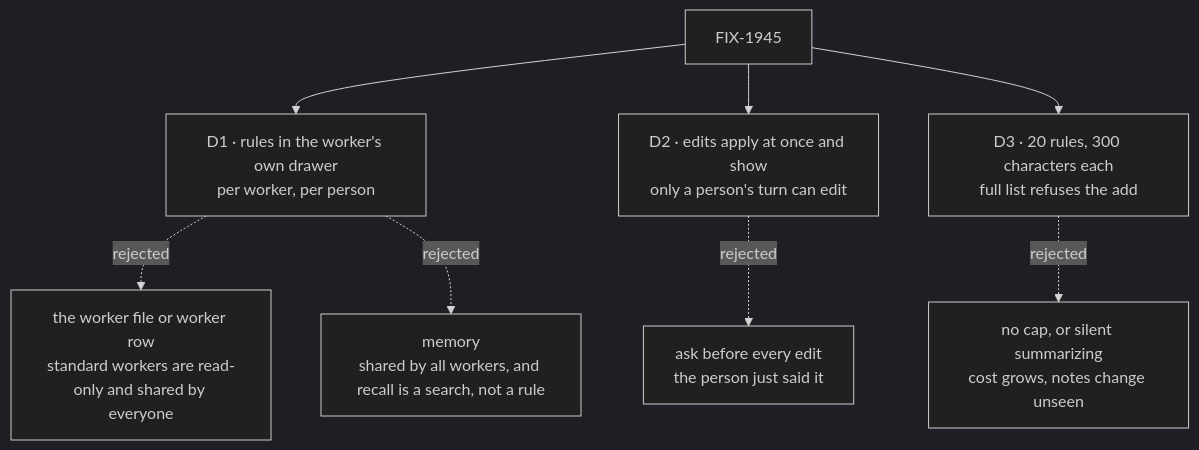
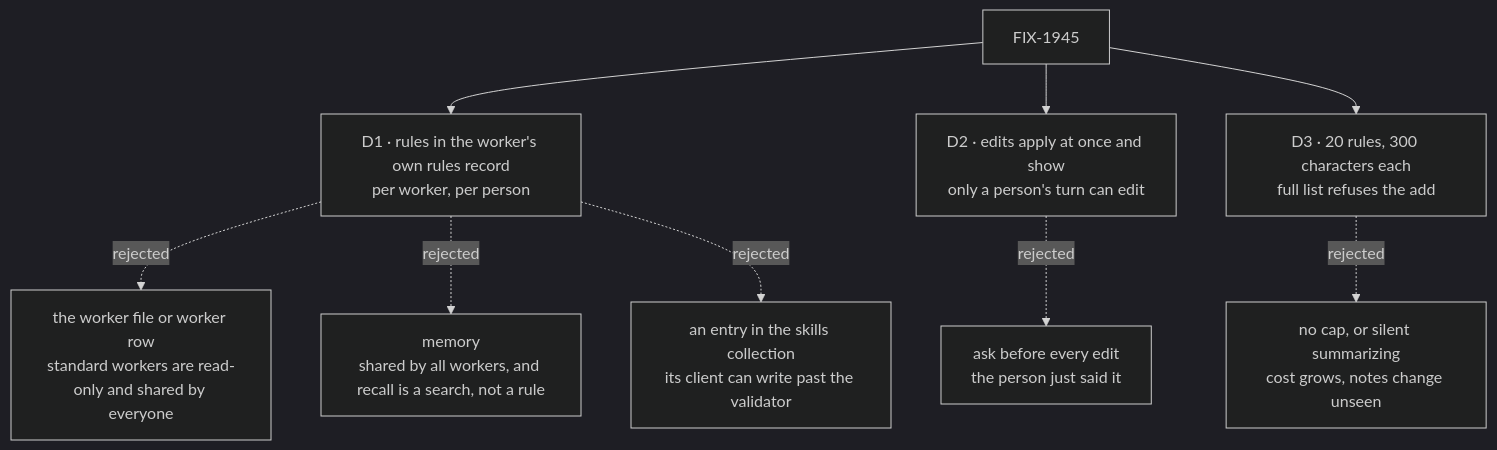
One commit to fixpoint-labs/flow-state-dev changed the diagram in specs/issues/FIX-1945/DECISIONS.md. Above: the diagram before and after it, drawn with Mermaid (dark theme). The commit also changed other lines of this file and 7 other files, not shown here.

First line of the commit message:
spec(FIX-1945): keep rules out of the client-writable skills collection

````diff
--- a/specs/issues/FIX-1945/DECISIONS.md
+++ b/specs/issues/FIX-1945/DECISIONS.md
@@ -10,10 +10,11 @@
 ```mermaid
 flowchart TD
-  I["FIX-1945"] --> D1["D1 · rules in the worker's own drawer<br/>per worker, per person"]
+  I["FIX-1945"] --> D1["D1 · rules in the worker's own rules record<br/>per worker, per person"]
   D1 -.->|"rejected"| X1["the worker file or worker row<br/>standard workers are read-only and shared by everyone"]
   D1 -.->|"rejected"| X1b["memory<br/>shared by all workers, and recall is a search, not a rule"]
+  D1 -.->|"rejected"| X1c["an entry in the skills collection<br/>its client can write past the validator"]
   I --> D2["D2 · edits apply at once and show<br/>only a person's turn can edit"]
   D2 -.->|"rejected"| X2["ask before every edit<br/>the person just said it"]
   I --> D3["D3 · 20 rules, 300 characters each<br/>full list refuses the add"]
   D3 -.->|"rejected"| X3["no cap, or silent summarizing<br/>cost grows, notes change unseen"]
 ```
````
